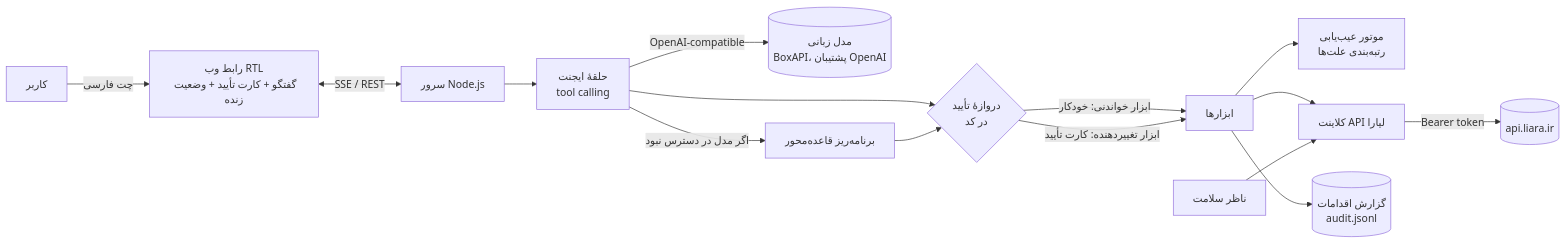
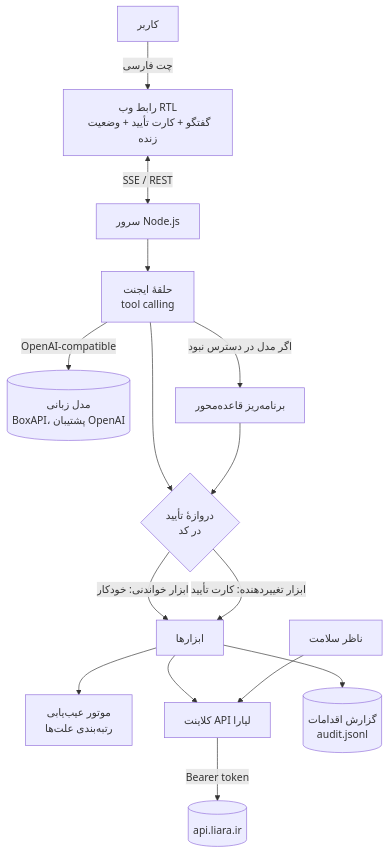
One commit to ssepehrnoush/liara-copilot changed the second of 2 diagrams in README.md. Above: the diagram before and after it, drawn with Mermaid. The commit also changed other lines of this file and 1 other file, not shown here.

Commit message:
README: taller approval-flow diagram; Persian numbering on the player page

````diff
--- a/README.md
+++ b/README.md
@@ -120,17 +120,17 @@
 ```mermaid
-flowchart LR
+flowchart TB
   U[کاربر] -->|چت فارسی| UI[رابط وب RTL<br/>گفتگو + کارت تأیید + وضعیت زنده]
   UI <-->|SSE / REST| S[سرور Node.js]
   S --> A[حلقهٔ ایجنت<br/>tool calling]
   A -->|OpenAI-compatible| L[(مدل زبانی<br/>BoxAPI، پشتیبان OpenAI)]
   A -->|اگر مدل در دسترس نبود| R[برنامه‌ریز قاعده‌محور]
   A --> G{دروازهٔ تأیید<br/>در کد}
   R --> G
   G -->|ابزار خواندنی: خودکار| T[ابزارها]
   G -->|ابزار تغییردهنده: کارت تأیید| T
   T --> D[موتور عیب‌یابی<br/>رتبه‌بندی علت‌ها]
   T --> C[کلاینت API لیارا]
   W[ناظر سلامت] --> C
   C -->|Bearer token| API[(api.liara.ir)]
   T --> AU[(گزارش اقدامات<br/>audit.jsonl)]
 ```
````
